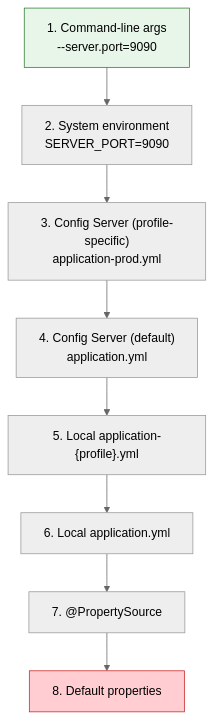
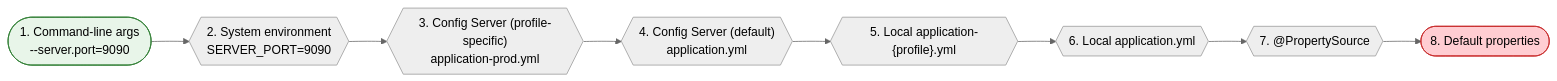
One commit to saivamsikaruturi/vamsilabs-dev-notes-main changed the third of 3 diagrams in docs/microservices/config-management.md. Above: the diagram before and after it, drawn with Mermaid (neutral theme). The commit also changed other lines of this file and 146 other files, not shown here.

Commit message:
Horizontal diagrams, UML class diagrams, typography overhaul, and permalink cleanup

````diff
--- a/docs/microservices/config-management.md
+++ b/docs/microservices/config-management.md
@@ -185,16 +185,16 @@
 ```mermaid
-flowchart TD
-    P1["1. Command-line args<br/>--server.port=9090"] 
-    P2["2. System environment<br/>SERVER_PORT=9090"]
-    P3["3. Config Server (profile-specific)<br/>application-prod.yml"]
-    P4["4. Config Server (default)<br/>application.yml"]
-    P5["5. Local application-{profile}.yml"]
-    P6["6. Local application.yml"]
-    P7["7. @PropertySource"]
-    P8["8. Default properties"]
+flowchart LR
+    P1(["1. Command-line args<br/>--server.port=9090"]) 
+    P2{{"2. System environment<br/>SERVER_PORT=9090"}}
+    P3{{"3. Config Server (profile-specific)<br/>application-prod.yml"}}
+    P4{{"4. Config Server (default)<br/>application.yml"}}
+    P5{{"5. Local application-{profile}.yml"}}
+    P6{{"6. Local application.yml"}}
+    P7{{"7. @PropertySource"}}
+    P8(["8. Default properties"])
 
     P1 --> P2 --> P3 --> P4 --> P5 --> P6 --> P7 --> P8
 
     style P1 fill:#E8F5E9,stroke:#2E7D32,color:#000
     style P8 fill:#FFCDD2,stroke:#C62828,color:#000
 ```
````
